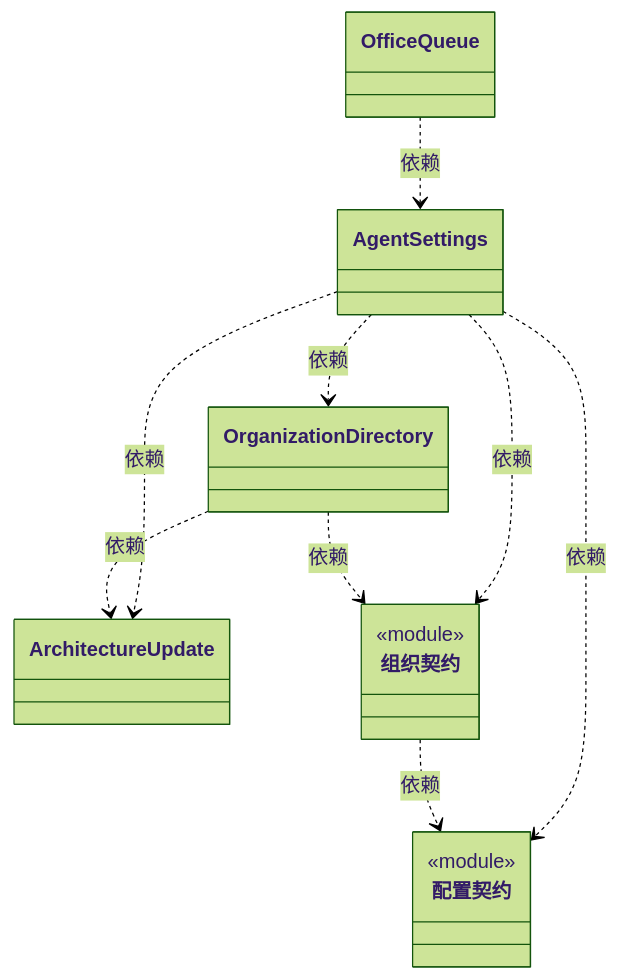
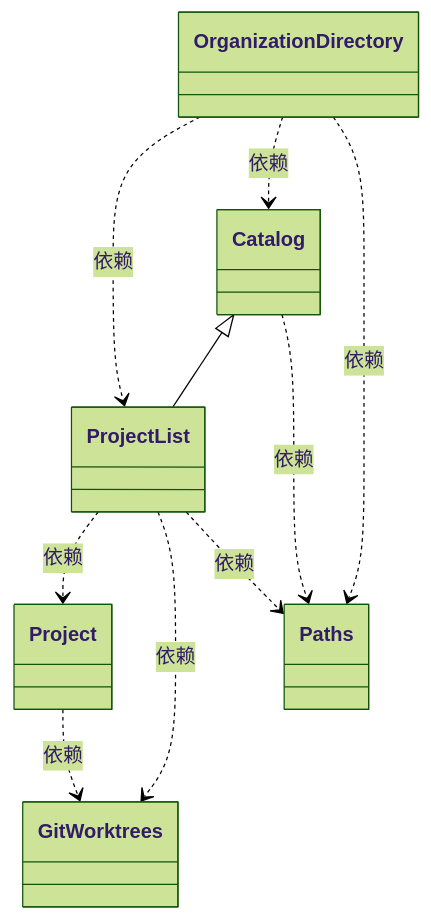
Before and after one commit to nan023062/cbim: the third of 6 diagrams in src/logic/projects/ARCHITECTURE.md, drawn with Mermaid (forest theme). The commit also changed other lines of this file and 34 other files, not shown here.

````diff
--- a/src/logic/projects/ARCHITECTURE.md
+++ b/src/logic/projects/ARCHITECTURE.md
@@ -116,27 +106,24 @@
 ```mermaid
 classDiagram
-class N_38697857182f["AgentSettings"]
-click N_38697857182f href "agent-settings.ts"
+class N_edd7d8b0ed1e["ProjectList"]
+click N_edd7d8b0ed1e href "project.ts"
+class N_0220cf8dfba9["Catalog"]
+click N_0220cf8dfba9 href "index.ts"
+class N_04b72d19bcdf["Project"]
+click N_04b72d19bcdf href "project.ts"
+class N_0783345f8553["GitWorktrees"]
+click N_0783345f8553 href "git-worktrees.ts"
+class N_d7d68021be97["Paths"]
+click N_d7d68021be97 href "paths.ts"
 class N_4486515099c0["OrganizationDirectory"]
 click N_4486515099c0 href "organization-directory.ts"
-class N_2eafc332813f["配置契约"] {
-  <<module>>
-}
-click N_2eafc332813f href "agent-configuration.ts"
-class N_0894698bbef1["ArchitectureUpdate"]
-click N_0894698bbef1 href "architecture-update.ts"
-class N_7a3c42967149["组织契约"] {
-  <<module>>
-}
-click N_7a3c42967149 href "organization-contract.ts"
-class N_40641b84f8ba["OfficeQueue"]
-click N_40641b84f8ba href "office-queue.ts"
-N_38697857182f ..> N_4486515099c0 : 依赖
-N_38697857182f ..> N_2eafc332813f : 依赖
-N_38697857182f ..> N_0894698bbef1 : 依赖
-N_38697857182f ..> N_7a3c42967149 : 依赖
-N_4486515099c0 ..> N_7a3c42967149 : 依赖
-N_4486515099c0 ..> N_0894698bbef1 : 依赖
-N_7a3c42967149 ..> N_2eafc332813f : 依赖
-N_40641b84f8ba ..> N_38697857182f : 依赖
+N_04b72d19bcdf ..> N_0783345f8553 : 依赖
+N_0220cf8dfba9 <|-- N_edd7d8b0ed1e
+N_edd7d8b0ed1e ..> N_04b72d19bcdf : 依赖
+N_edd7d8b0ed1e ..> N_0783345f8553 : 依赖
+N_edd7d8b0ed1e ..> N_d7d68021be97 : 依赖
+N_0220cf8dfba9 ..> N_d7d68021be97 : 依赖
+N_4486515099c0 ..> N_edd7d8b0ed1e : 依赖
+N_4486515099c0 ..> N_0220cf8dfba9 : 依赖
+N_4486515099c0 ..> N_d7d68021be97 : 依赖
 ```
````
